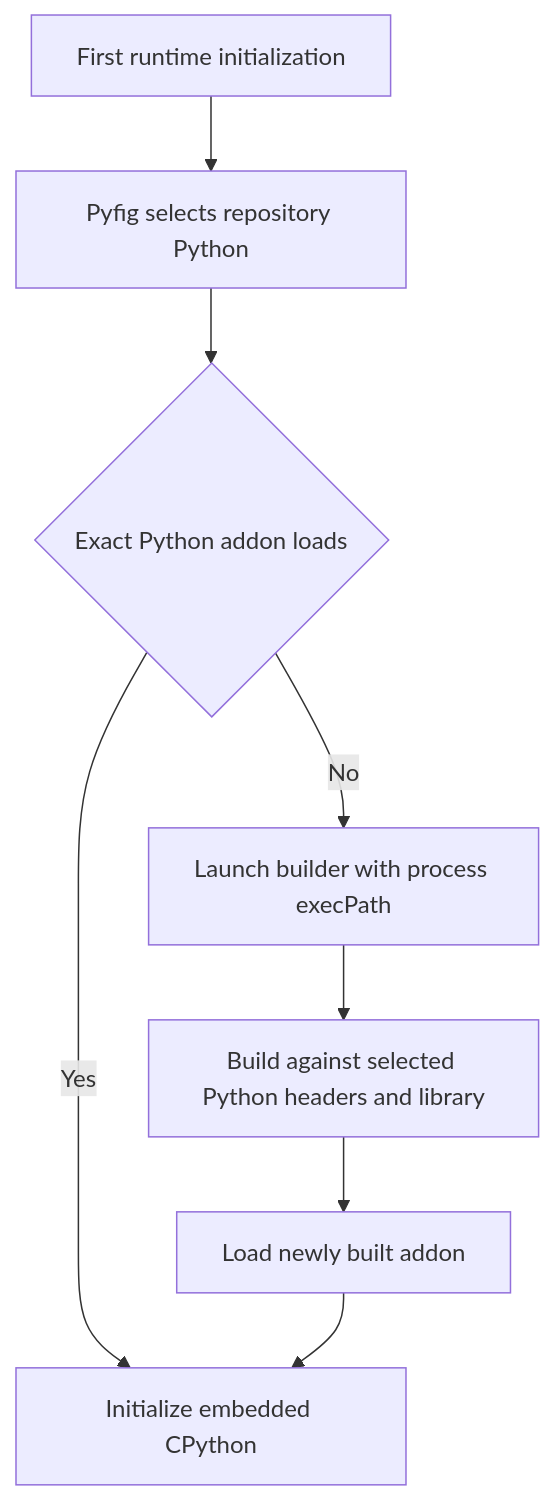
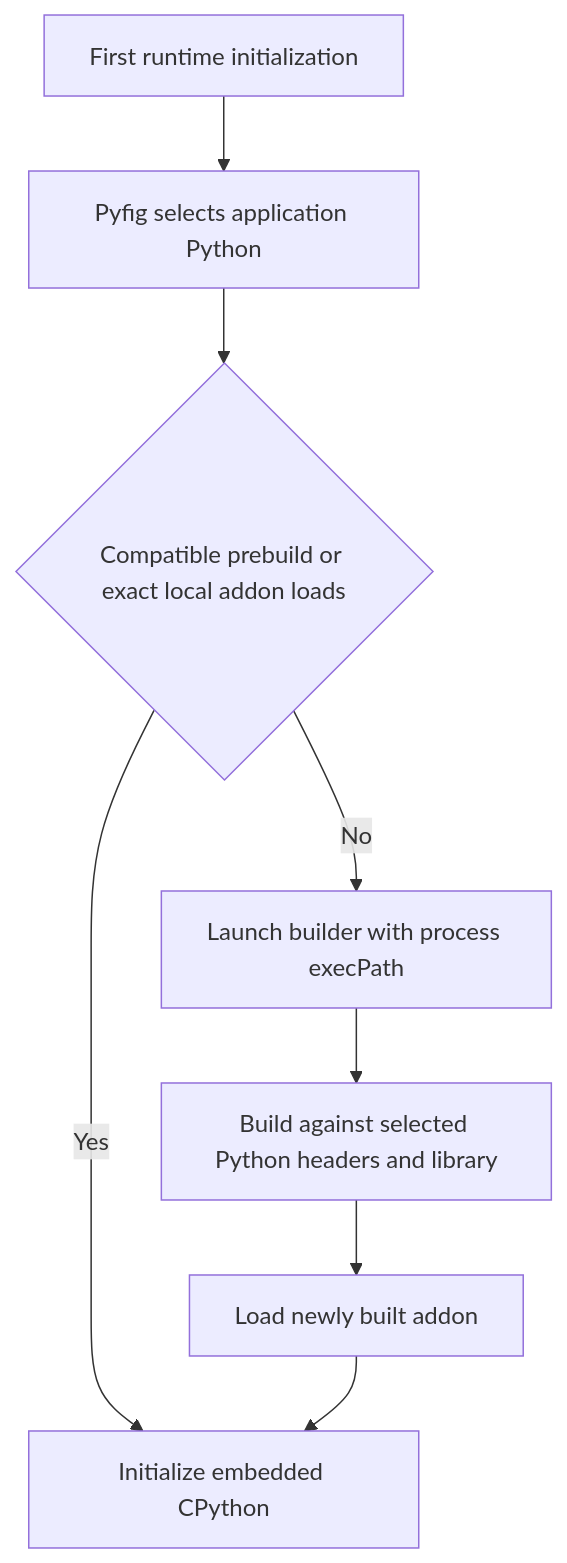
Before and after one commit to regbo/lfp-common: the diagram in README.md, drawn with Mermaid. The commit also changed other lines of this file and 50 other files, not shown here.

Commit message:
feat: add application Python manifests and prebuilds

````diff
--- a/README.md
+++ b/README.md
@@ -122,10 +141,10 @@
 ```mermaid
 graph TD;
-    A[First runtime initialization] --> B[Pyfig selects repository Python];
-    B --> C{Exact Python addon loads};
+    A[First runtime initialization] --> B[Pyfig selects application Python];
+    B --> C{Compatible prebuild or exact local addon loads};
     C -->|Yes| G[Initialize embedded CPython];
     C -->|No| D[Launch builder with process execPath];
     D --> E[Build against selected Python headers and library];
     E --> F[Load newly built addon];
     F --> G;
 ```
````
